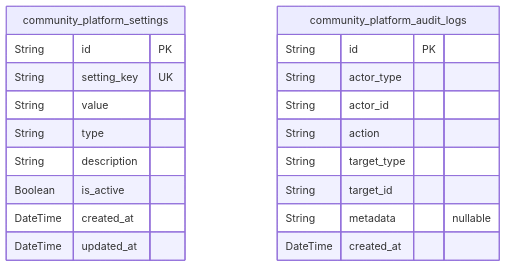
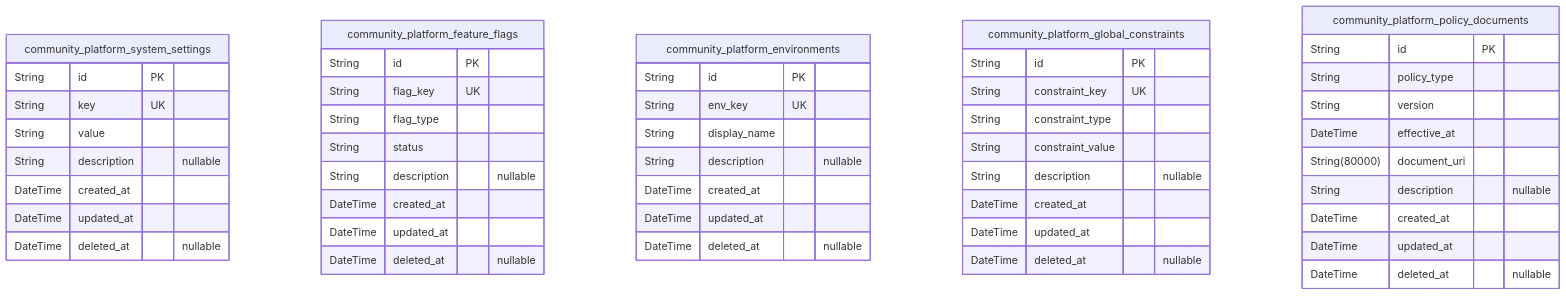
Before and after one commit to wrtnlabs/autobe-examples: the first of 11 diagrams in openai/gpt-4.1/reddit/docs/ERD.md, drawn with Mermaid. The commit also changed other lines of this file and 22498 other files, not shown here.

````diff
--- a/openai/gpt-4.1/reddit/docs/ERD.md
+++ b/openai/gpt-4.1/reddit/docs/ERD.md
@@ -18,23 +19,52 @@
 ```mermaid
 erDiagram
-"community_platform_settings" {
+"community_platform_system_settings" {
   String id PK
-  String setting_key UK
+  String key UK
   String value
-  String type
-  String description
-  Boolean is_active
+  String description "nullable"
   DateTime created_at
   DateTime updated_at
+  DateTime deleted_at "nullable"
 }
-"community_platform_audit_logs" {
+"community_platform_feature_flags" {
   String id PK
-  String actor_type
-  String actor_id
-  String action
-  String target_type
-  String target_id
-  String metadata "nullable"
+  String flag_key UK
+  String flag_type
+  String status
+  String description "nullable"
   DateTime created_at
+  DateTime updated_at
+  DateTime deleted_at "nullable"
+}
+"community_platform_environments" {
+  String id PK
+  String env_key UK
+  String display_name
+  String description "nullable"
+  DateTime created_at
+  DateTime updated_at
+  DateTime deleted_at "nullable"
+}
+"community_platform_global_constraints" {
+  String id PK
+  String constraint_key UK
+  String constraint_type
+  String constraint_value
+  String description "nullable"
+  DateTime created_at
+  DateTime updated_at
+  DateTime deleted_at "nullable"
+}
+"community_platform_policy_documents" {
+  String id PK
+  String policy_type
+  String version
+  DateTime effective_at
+  String(80000) document_uri
+  String description "nullable"
+  DateTime created_at
+  DateTime updated_at
+  DateTime deleted_at "nullable"
 }
 ```
````
